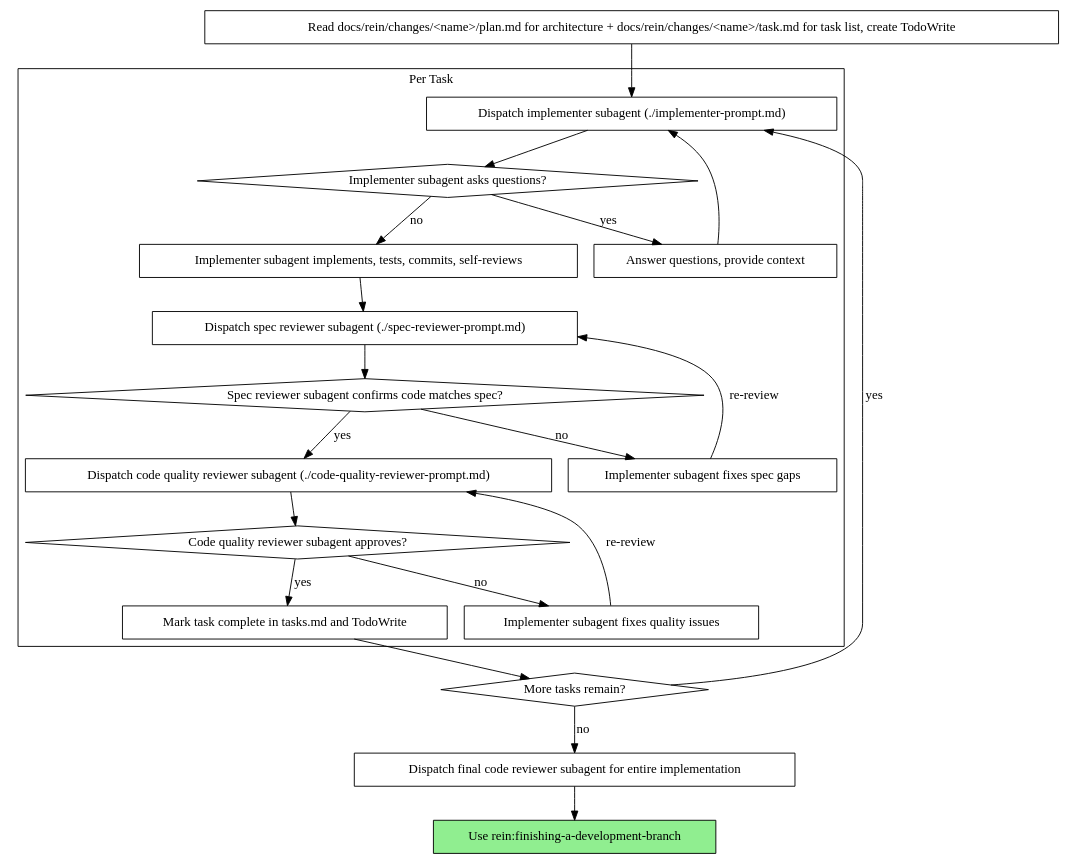
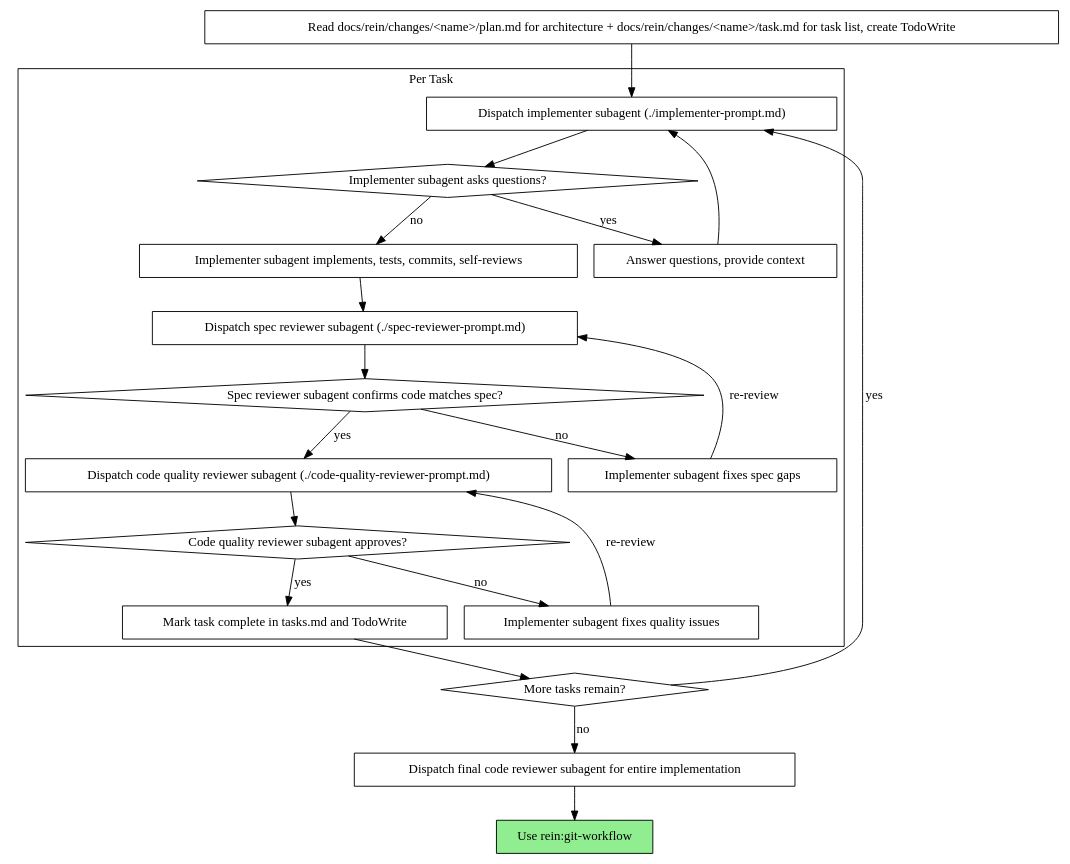
Before and after one commit to zhoupihua/rein: the second of 3 diagrams in skills/subagent/SKILL.md, drawn with Graphviz. The commit also changed other lines of this file and 48 other files, not shown here.

````diff
--- a/skills/subagent/SKILL.md
+++ b/skills/subagent/SKILL.md
@@ -42,44 +36,44 @@
 ```dot
 digraph process {
     rankdir=TB;
 
     subgraph cluster_per_task {
         label="Per Task";
         "Dispatch implementer subagent (./implementer-prompt.md)" [shape=box];
         "Implementer subagent asks questions?" [shape=diamond];
         "Answer questions, provide context" [shape=box];
         "Implementer subagent implements, tests, commits, self-reviews" [shape=box];
         "Dispatch spec reviewer subagent (./spec-reviewer-prompt.md)" [shape=box];
         "Spec reviewer subagent confirms code matches spec?" [shape=diamond];
         "Implementer subagent fixes spec gaps" [shape=box];
         "Dispatch code quality reviewer subagent (./code-quality-reviewer-prompt.md)" [shape=box];
         "Code quality reviewer subagent approves?" [shape=diamond];
         "Implementer subagent fixes quality issues" [shape=box];
         "Mark task complete in tasks.md and TodoWrite" [shape=box];
     }
 
     "Read docs/rein/changes/<name>/plan.md for architecture + docs/rein/changes/<name>/task.md for task list, create TodoWrite" [shape=box];
     "More tasks remain?" [shape=diamond];
     "Dispatch final code reviewer subagent for entire implementation" [shape=box];
-    "Use rein:finishing-a-development-branch" [shape=box style=filled fillcolor=lightgreen];
+    "Use rein:git-workflow" [shape=box style=filled fillcolor=lightgreen];
 
     "Read docs/rein/changes/<name>/plan.md for architecture + docs/rein/changes/<name>/task.md for task list, create TodoWrite" -> "Dispatch implementer subagent (./implementer-prompt.md)";
     "Dispatch implementer subagent (./implementer-prompt.md)" -> "Implementer subagent asks questions?";
     "Implementer subagent asks questions?" -> "Answer questions, provide context" [label="yes"];
     "Answer questions, provide context" -> "Dispatch implementer subagent (./implementer-prompt.md)";
     "Implementer subagent asks questions?" -> "Implementer subagent implements, tests, commits, self-reviews" [label="no"];
     "Implementer subagent implements, tests, commits, self-reviews" -> "Dispatch spec reviewer subagent (./spec-reviewer-prompt.md)";
     "Dispatch spec reviewer subagent (./spec-reviewer-prompt.md)" -> "Spec reviewer subagent confirms code matches spec?";
     "Spec reviewer subagent confirms code matches spec?" -> "Implementer subagent fixes spec gaps" [label="no"];
     "Implementer subagent fixes spec gaps" -> "Dispatch spec reviewer subagent (./spec-reviewer-prompt.md)" [label="re-review"];
     "Spec reviewer subagent confirms code matches spec?" -> "Dispatch code quality reviewer subagent (./code-quality-reviewer-prompt.md)" [label="yes"];
     "Dispatch code quality reviewer subagent (./code-quality-reviewer-prompt.md)" -> "Code quality reviewer subagent approves?";
     "Code quality reviewer subagent approves?" -> "Implementer subagent fixes quality issues" [label="no"];
     "Implementer subagent fixes quality issues" -> "Dispatch code quality reviewer subagent (./code-quality-reviewer-prompt.md)" [label="re-review"];
     "Code quality reviewer subagent approves?" -> "Mark task complete in tasks.md and TodoWrite" [label="yes"];
     "Mark task complete in tasks.md and TodoWrite" -> "More tasks remain?";
     "More tasks remain?" -> "Dispatch implementer subagent (./implementer-prompt.md)" [label="yes"];
     "More tasks remain?" -> "Dispatch final code reviewer subagent for entire implementation" [label="no"];
-    "Dispatch final code reviewer subagent for entire implementation" -> "Use rein:finishing-a-development-branch";
+    "Dispatch final code reviewer subagent for entire implementation" -> "Use rein:git-workflow";
 }
 ```
````
